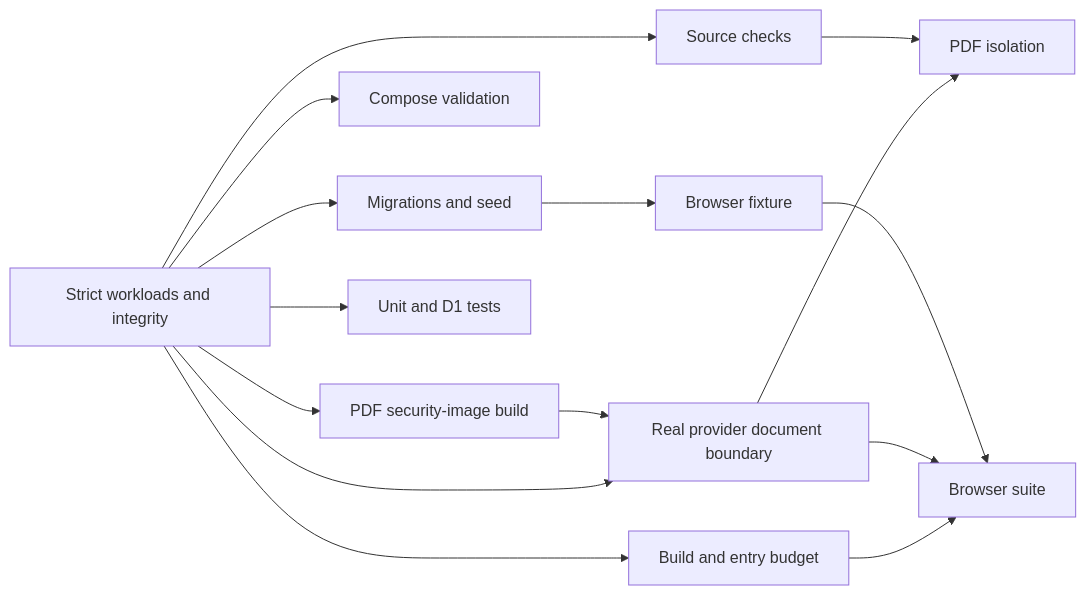
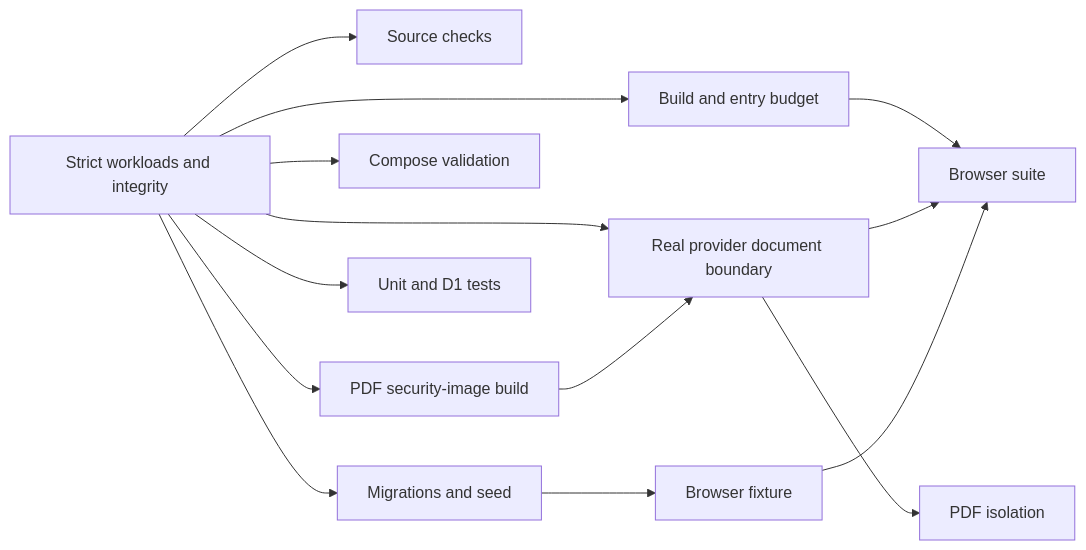
Before and after one commit to cyyapye/keel-fi: the diagram in docs/engineering/ci-performance.md, drawn with Mermaid. The commit also changed other lines of this file and 8 other files, not shown here.

````diff
--- a/docs/engineering/ci-performance.md
+++ b/docs/engineering/ci-performance.md
@@ -183,17 +185,16 @@
 ```mermaid
 flowchart LR
   integrity[Strict workloads and integrity] --> source[Source checks]
   integrity --> build[Build and entry budget]
   integrity --> pdfBuild[PDF security-image build]
   integrity --> compose[Compose validation]
   integrity --> migrations[Migrations and seed]
   integrity --> provider[Real provider document boundary]
   pdfBuild --> provider
   provider --> pdf[PDF isolation]
   integrity --> unit[Unit and D1 tests]
-  source --> pdf
   migrations --> browserFixture[Browser fixture]
   build --> browser[Browser suite]
   provider --> browser
   browserFixture --> browser
 ```
````
